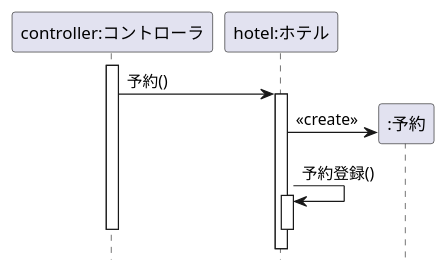
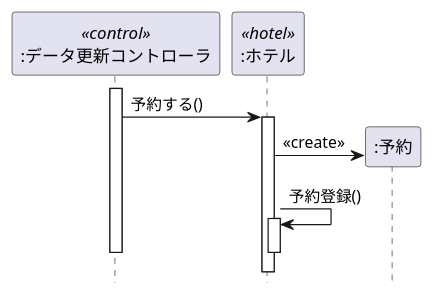
One commit to omorirenka/uml-introduction changed the diagram in 演習4-3_SD_データ更新コントローラとホテルと予約.pu. Above: the diagram before and after it, drawn with PlantUML.

Commit message:
演習4-3修正

```diff
--- a/演習4-3_SD_データ更新コントローラとホテルと予約.pu
+++ b/演習4-3_SD_データ更新コントローラとホテルと予約.pu
@@ -1,16 +1,16 @@
 @startuml
 hide footbox
-participant "controller:コントローラ" as controller
-participant "hotel:ホテル" as hotel
+participant ":データ更新コントローラ" as controller <<control>>
+participant ":ホテル" as hotel <<hotel>>
 participant ":予約" as y
 
 activate controller
-controller -> hotel : 予約()
+controller -> hotel : 予約する()
 activate hotel
 create y
 hotel -> y : <<create>>
 hotel -> hotel : 予約登録()
 activate hotel
 deactivate hotel
 deactivate controller
 @enduml
```
